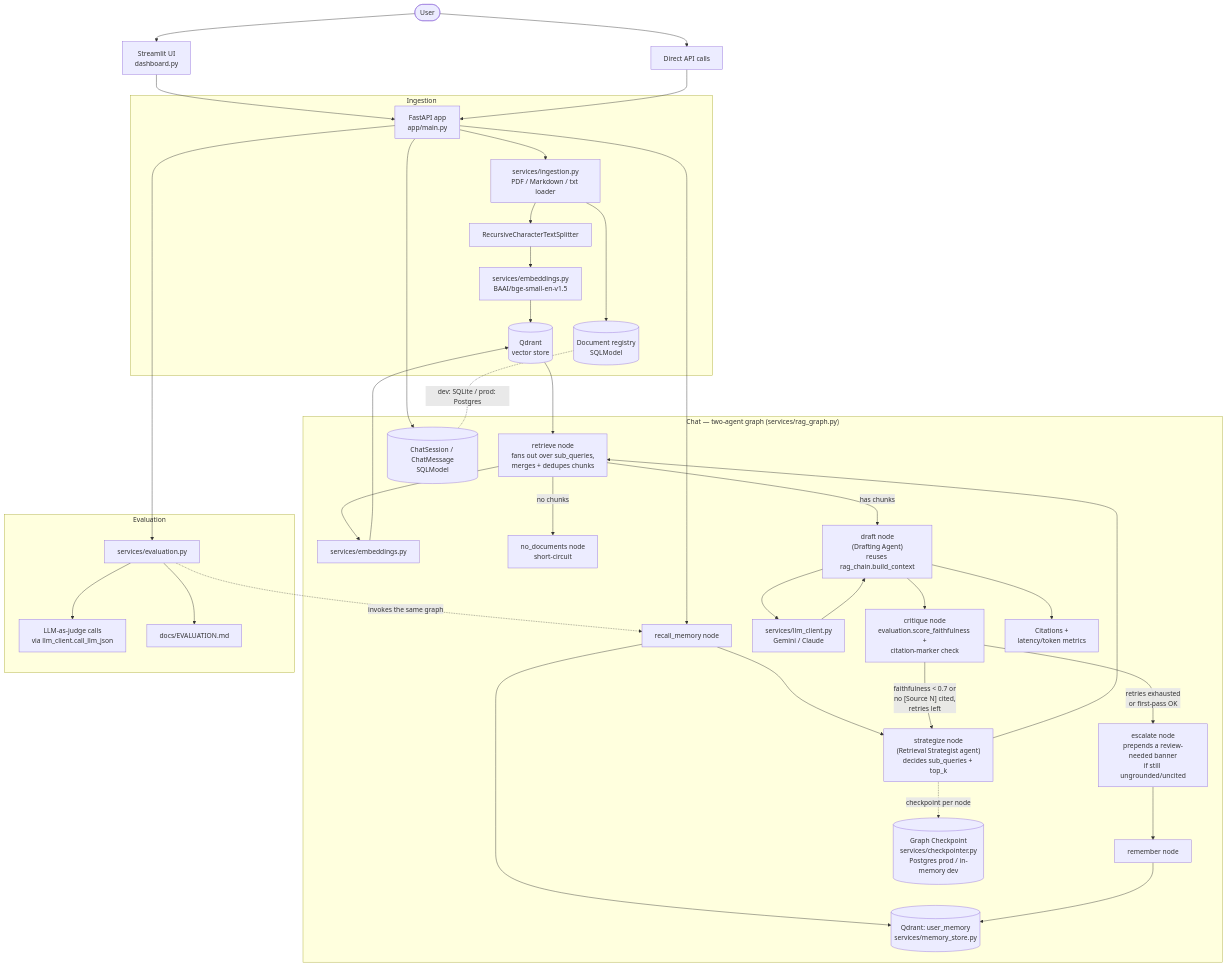
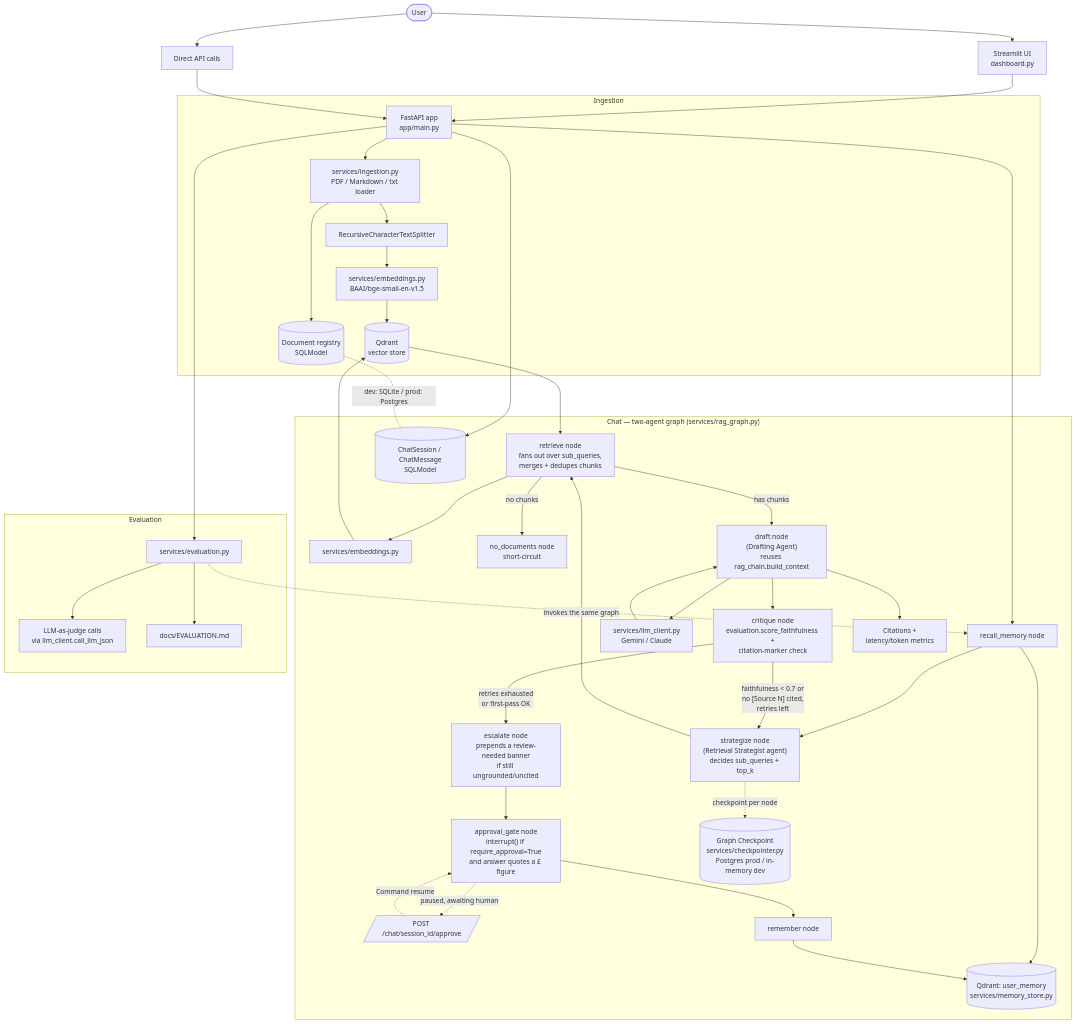
The diagram in docs/ARCHITECTURE.md (vishnu0529/enterprise-rag-assistant), drawn with Mermaid before and after one commit. The commit also changed other lines of this file and 7 other files, not shown here.

````diff
--- a/docs/ARCHITECTURE.md
+++ b/docs/ARCHITECTURE.md
@@ -5,46 +5,49 @@
 ```mermaid
 flowchart TD
     User([User]) --> UI[Streamlit UI<br/>dashboard.py]
     User --> API_direct[Direct API calls]
     UI --> API[FastAPI app<br/>app/main.py]
     API_direct --> API
 
     subgraph Ingestion
         API --> Ingest[services/ingestion.py<br/>PDF / Markdown / txt loader]
         Ingest --> Chunk[RecursiveCharacterTextSplitter]
         Chunk --> Embed1[services/embeddings.py<br/>BAAI/bge-small-en-v1.5]
         Embed1 --> Qdrant[(Qdrant<br/>vector store)]
         Ingest --> DocDB[(Document registry<br/>SQLModel)]
     end
 
     subgraph "Chat — two-agent graph (services/rag_graph.py)"
         API --> RecallMem[recall_memory node]
         RecallMem --> UserMem[(Qdrant: user_memory<br/>services/memory_store.py)]
         RecallMem --> Strategize["strategize node<br/>(Retrieval Strategist agent)<br/>decides sub_queries + top_k"]
         Strategize --> Retrieve["retrieve node<br/>fans out over sub_queries,<br/>merges + dedupes chunks"]
         Retrieve --> Embed2[services/embeddings.py]
         Embed2 --> Qdrant
         Qdrant --> Retrieve
         Retrieve -->|no chunks| NoDocs[no_documents node<br/>short-circuit]
         Retrieve -->|has chunks| Draft["draft node<br/>(Drafting Agent)<br/>reuses rag_chain.build_context"]
         Draft --> LLM[services/llm_client.py<br/>Gemini / Claude]
         LLM --> Draft
         Draft --> Critique["critique node<br/>evaluation.score_faithfulness +<br/>citation-marker check"]
         Critique -->|"faithfulness < 0.7 or<br/>no [Source N] cited,<br/>retries left"| Strategize
         Critique -->|retries exhausted<br/>or first-pass OK| Escalate["escalate node<br/>prepends a review-needed banner<br/>if still ungrounded/uncited"]
-        Escalate --> Remember[remember node]
+        Escalate --> ApprovalGate["approval_gate node<br/>interrupt() if require_approval=True<br/>and answer quotes a £ figure"]
+        ApprovalGate -.paused, awaiting human.-> HumanDecision[/POST /chat/session_id/approve/]
+        HumanDecision -.Command resume.-> ApprovalGate
+        ApprovalGate --> Remember[remember node]
         Remember --> UserMem
         Strategize -.checkpoint per node.-> Checkpoint[(Graph Checkpoint<br/>services/checkpointer.py<br/>Postgres prod / in-memory dev)]
         Draft --> Citations[Citations +<br/>latency/token metrics]
         API --> SessionDB[(ChatSession / ChatMessage<br/>SQLModel)]
     end
 
     subgraph Evaluation
         API --> Eval[services/evaluation.py]
         Eval -.->|invokes the same graph| RecallMem
         Eval --> Judge[LLM-as-judge calls<br/>via llm_client.call_llm_json]
         Eval --> EvalReport[docs/EVALUATION.md]
     end
 
     DocDB -.dev: SQLite / prod: Postgres.- SessionDB
 ```
````
